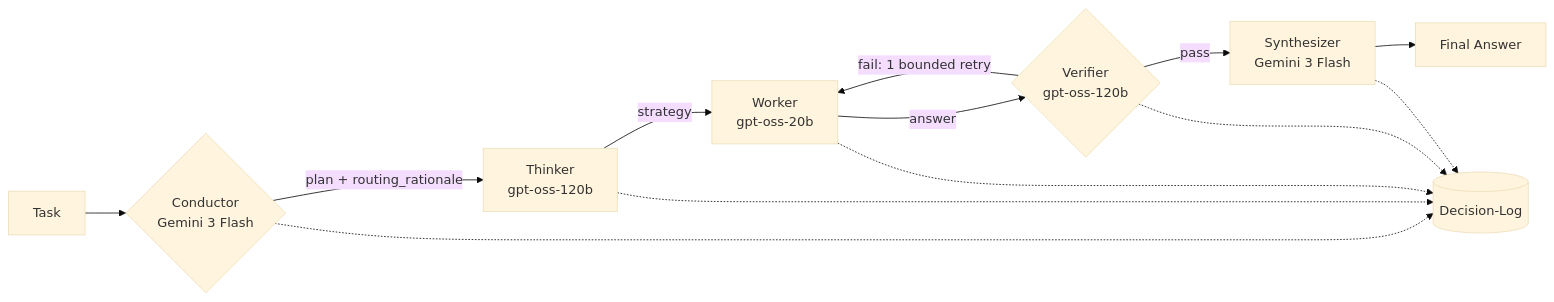
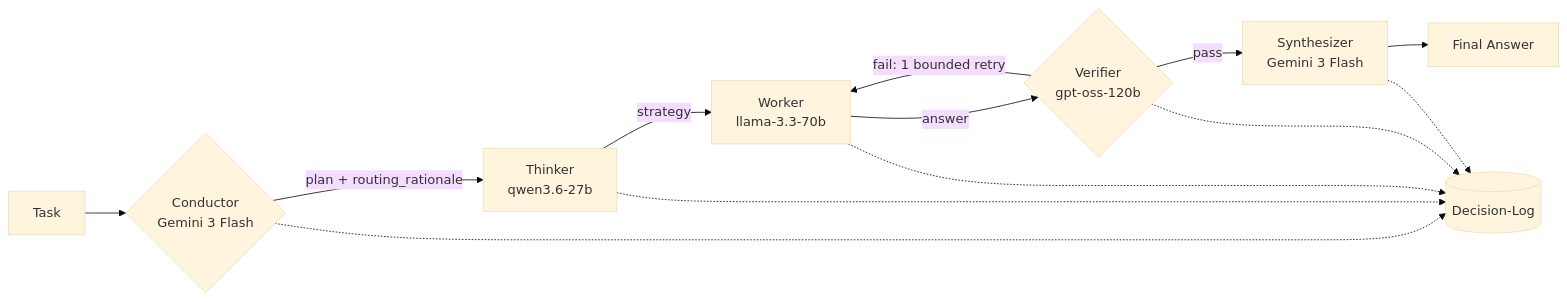
The diagram in README.md (Harshith29124/Maestro), drawn with Mermaid (base theme) before and after one commit. The commit also changed other lines of this file and 3 other files, not shown here.

First line of the commit message:
Diversify model pool: feature qwen and llama as primaries, not just gpt-oss

````diff
--- a/README.md
+++ b/README.md
@@ -26,15 +26,15 @@
 ```mermaid
 flowchart LR
     T[Task] --> C{Conductor<br/>Gemini 3 Flash}
-    C -->|plan + routing_rationale| TH[Thinker<br/>gpt-oss-120b]
-    TH -->|strategy| W[Worker<br/>gpt-oss-20b]
+    C -->|plan + routing_rationale| TH[Thinker<br/>qwen3.6-27b]
+    TH -->|strategy| W[Worker<br/>llama-3.3-70b]
     W -->|answer| V{Verifier<br/>gpt-oss-120b}
     V -->|pass| S[Synthesizer<br/>Gemini 3 Flash]
     V -->|fail: 1 bounded retry| W
     S --> A[Final Answer]
     C -.-> LOG[(Decision-Log)]
     TH -.-> LOG
     W -.-> LOG
     V -.-> LOG
     S -.-> LOG
 ```
````
